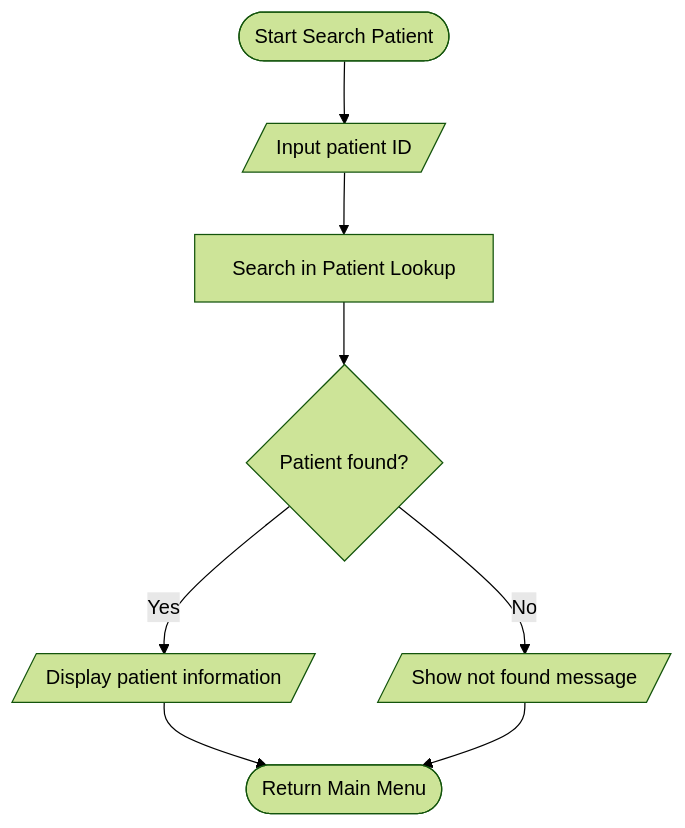
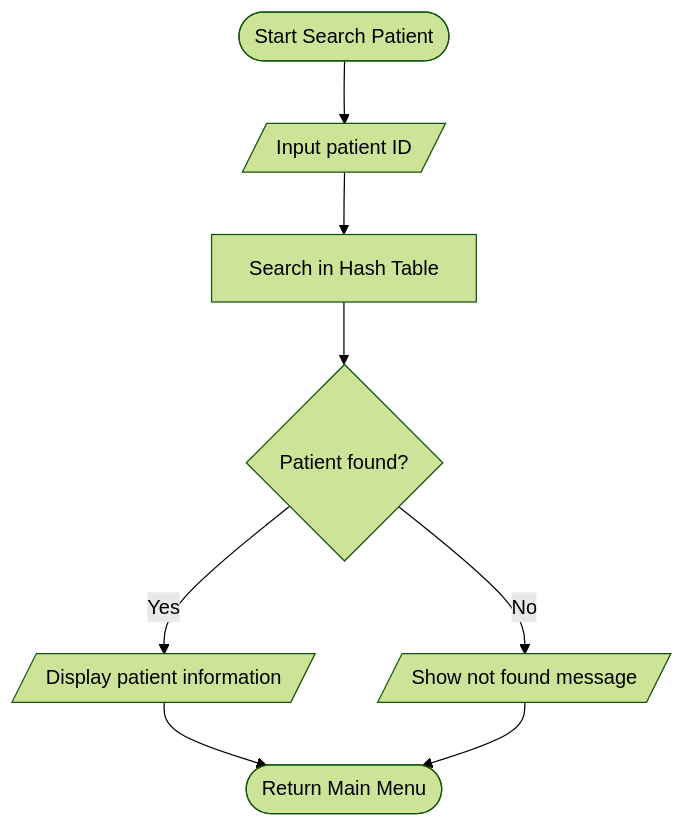
One commit to LeTranQuocDung/CSD201_Group6 changed the fifth of 7 diagrams in FlowChart.md. Above: the diagram before and after it, drawn with Mermaid (forest theme). The commit also changed other lines of this file, not shown here.

````diff
--- a/FlowChart.md
+++ b/FlowChart.md
@@ -131,13 +124,13 @@
 ```mermaid
 flowchart TD
     Start([Start Search Patient])
     InputSearch[/Input patient ID/]
-    SearchLookup[Search in Patient Lookup]
+    SearchLookup[Search in Hash Table]
     Found{Patient found?}
 
     Start --> InputSearch --> SearchLookup --> Found
     Found -->|Yes| ShowPatient[/Display patient information/]
     ShowPatient --> ReturnMenu([Return Main Menu])
     Found -->|No| ShowNotFound[/Show not found message/]
     ShowNotFound --> ReturnMenu
 ```
````
